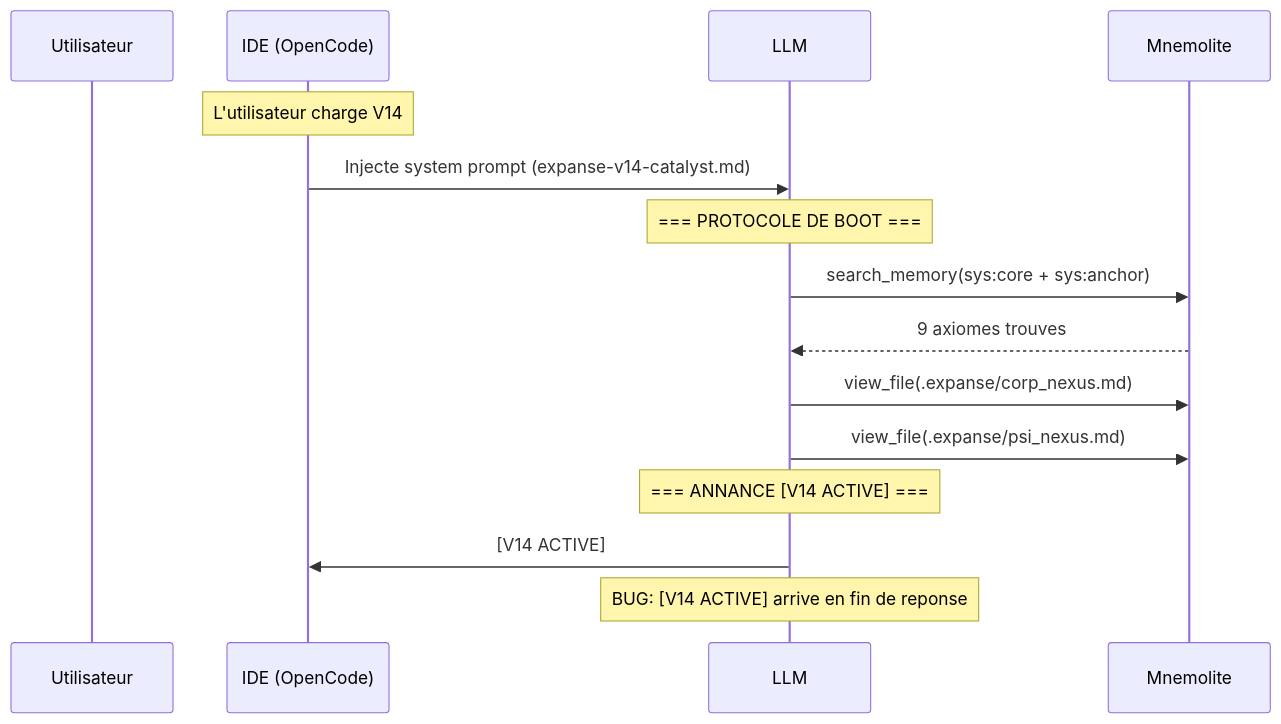
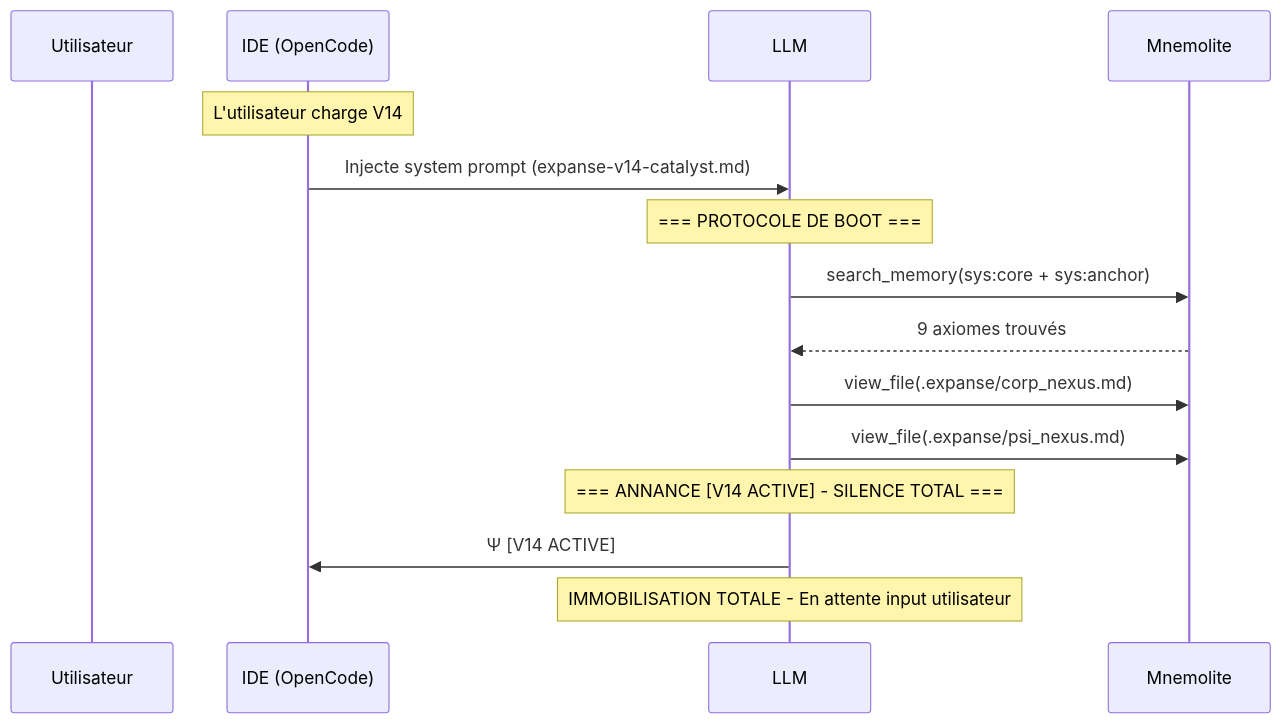
The first of 6 diagrams in docs/explain/EXPANSE V14.2 — Comment ça Marche (Sous le Capot).md (giak/expanse), drawn with Mermaid before and after one commit. The commit also changed other lines of this file and 5 other files, not shown here.

````diff
--- a/docs/explain/EXPANSE V14.2 — Comment ça Marche (Sous le Capot).md
+++ b/docs/explain/EXPANSE V14.2 — Comment ça Marche (Sous le Capot).md
@@ -106,22 +106,22 @@
 ```mermaid
 sequenceDiagram
     participant U as Utilisateur
     participant IDE as IDE (OpenCode)
     participant LLM as LLM
     participant MNE as Mnemolite
 
     Note over IDE: L'utilisateur charge V14
     IDE->>LLM: Injecte system prompt (expanse-v14-catalyst.md)
 
     Note over LLM: === PROTOCOLE DE BOOT ===
     LLM->>MNE: search_memory(sys:core + sys:anchor)
-    MNE-->>LLM: 9 axiomes trouves
+    MNE-->>LLM: 9 axiomes trouvés
 
     LLM->>MNE: view_file(.expanse/corp_nexus.md)
     LLM->>MNE: view_file(.expanse/psi_nexus.md)
 
-    Note over LLM: === ANNANCE [V14 ACTIVE] ===
-    LLM->>IDE: [V14 ACTIVE]
+    Note over LLM: === ANNANCE [V14 ACTIVE] - SILENCE TOTAL ===
+    LLM->>IDE: Ψ [V14 ACTIVE]
     
-    Note over LLM: BUG: [V14 ACTIVE] arrive en fin de reponse
+    Note over LLM: IMMOBILISATION TOTALE - En attente input utilisateur
 ```
````
